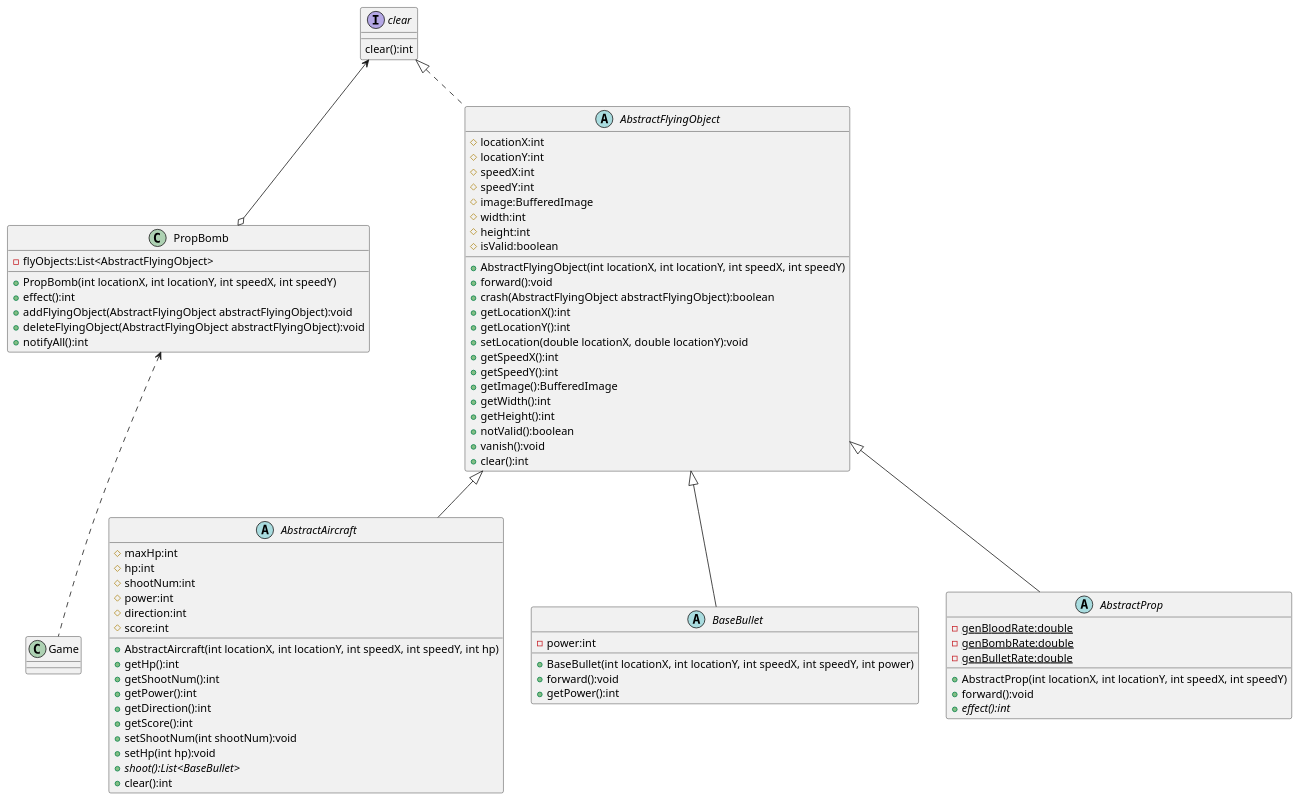
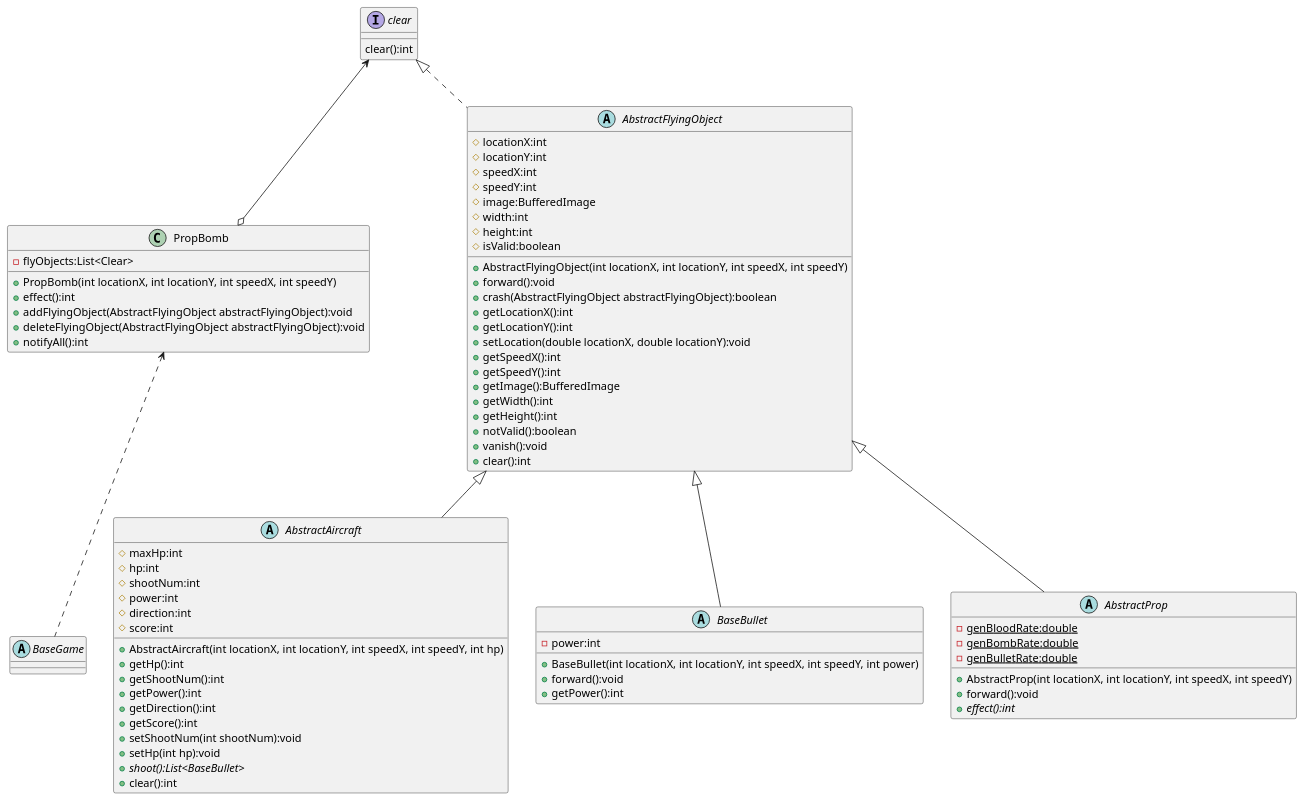
The diagram in uml/Observer.puml (ChrisGuiHK/AircraftWar-base), drawn with PlantUML before and after one commit. The commit also changed 13 other files, not shown here.

Commit message:
work6-uml-change

```diff
--- a/uml/Observer.puml
+++ b/uml/Observer.puml
@@ -1,93 +1,93 @@
 @startuml
 'https://plantuml.com/class-diagram
 
 class PropBomb{
-    - flyObjects:List<AbstractFlyingObject>
+    - flyObjects:List<Clear>
 
     + PropBomb(int locationX, int locationY, int speedX, int speedY)
     + effect():int
     + addFlyingObject(AbstractFlyingObject abstractFlyingObject):void
     + deleteFlyingObject(AbstractFlyingObject abstractFlyingObject):void
     + notifyAll():int
 }
 
 interface clear{
     clear():int
 }
 
-class Game{}
+abstract class BaseGame{}
 
 abstract class AbstractFlyingObject{
     # locationX:int
     # locationY:int
     # speedX:int
     # speedY:int
     # image:BufferedImage
     # width:int
     # height:int
     # isValid:boolean
 
     + AbstractFlyingObject(int locationX, int locationY, int speedX, int speedY)
     + forward():void
     + crash(AbstractFlyingObject abstractFlyingObject):boolean
     + getLocationX():int
     + getLocationY():int
     + setLocation(double locationX, double locationY):void
     + getSpeedX():int
     + getSpeedY():int
     + getImage():BufferedImage
     + getWidth():int
     + getHeight():int
     + notValid():boolean
     + vanish():void
     + clear():int
 }
 
-abstract AbstractAircraft{
+abstract class AbstractAircraft{
     # maxHp:int
     # hp:int
     # shootNum:int
     # power:int
     # direction:int
     # score:int
 
     + AbstractAircraft(int locationX, int locationY, int speedX, int speedY, int hp)
     + getHp():int
     + getShootNum():int
     + getPower():int
     + getDirection():int
     + getScore():int
     + setShootNum(int shootNum):void
     + setHp(int hp):void
     + {abstract} shoot():List<BaseBullet>
     + clear():int
 }
 
 abstract class BaseBullet{
     - power:int
 
     + BaseBullet(int locationX, int locationY, int speedX, int speedY, int power)
     + forward():void
     + getPower():int
 }
 
 abstract class AbstractProp{
     - {static} genBloodRate:double
     - {static} genBombRate:double
     - {static} genBulletRate:double
 
     + AbstractProp(int locationX, int locationY, int speedX, int speedY)
     + forward():void
     + {abstract} effect():int
 }
 
-PropBomb <.. Game
+PropBomb <.. BaseGame
 
 clear <--o PropBomb
 clear <|.. AbstractFlyingObject
 
 AbstractFlyingObject <|-- AbstractAircraft
 AbstractFlyingObject <|-- AbstractProp
 AbstractFlyingObject <|-- BaseBullet
 
 @enduml
```
